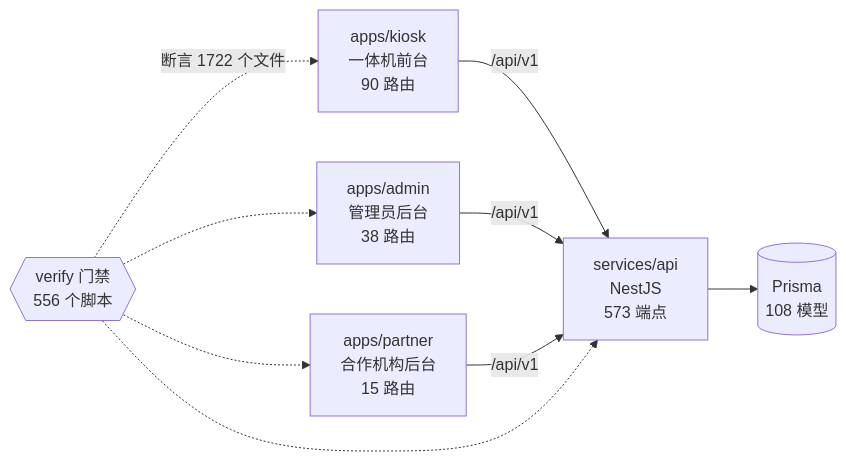
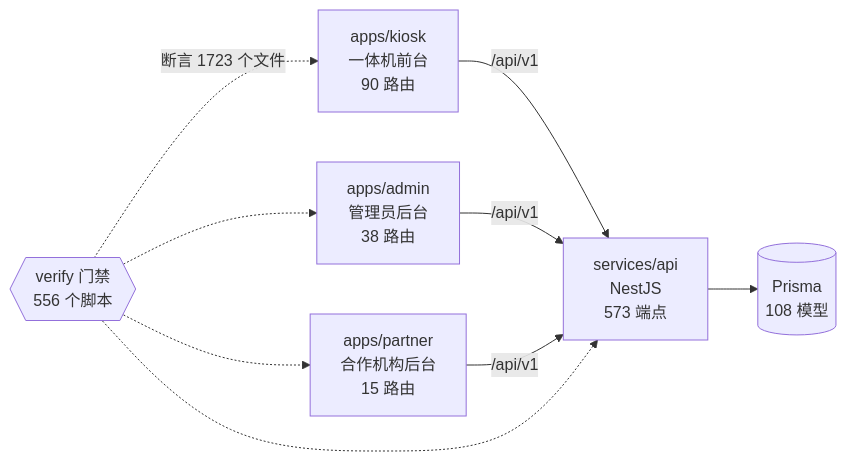
Before and after one commit to wanglei581/YITIJI: the diagram in docs/graph/README.md, drawn with Mermaid. The commit also changed other lines of this file and 2 other files, not shown here.

Commit message:
chore(graph): regenerate

````diff
--- a/docs/graph/README.md
+++ b/docs/graph/README.md
@@ -68,18 +68,18 @@
 ```mermaid
 flowchart LR
   kiosk["apps/kiosk<br/>一体机前台<br/>90 路由"]
   admin["apps/admin<br/>管理员后台<br/>38 路由"]
   partner["apps/partner<br/>合作机构后台<br/>15 路由"]
   api["services/api<br/>NestJS<br/>573 端点"]
   db[("Prisma<br/>108 模型")]
   gates{{"verify 门禁<br/>556 个脚本"}}
 
   kiosk -->|"/api/v1"| api
   admin -->|"/api/v1"| api
   partner -->|"/api/v1"| api
   api --> db
-  gates -.->|"断言 1722 个文件"| kiosk
+  gates -.->|"断言 1723 个文件"| kiosk
   gates -.-> admin
   gates -.-> partner
   gates -.-> api
 ```
````
